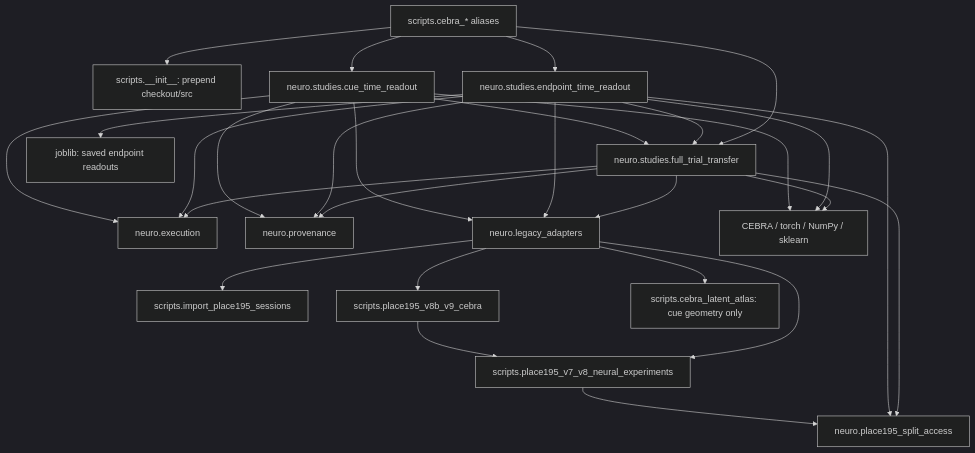
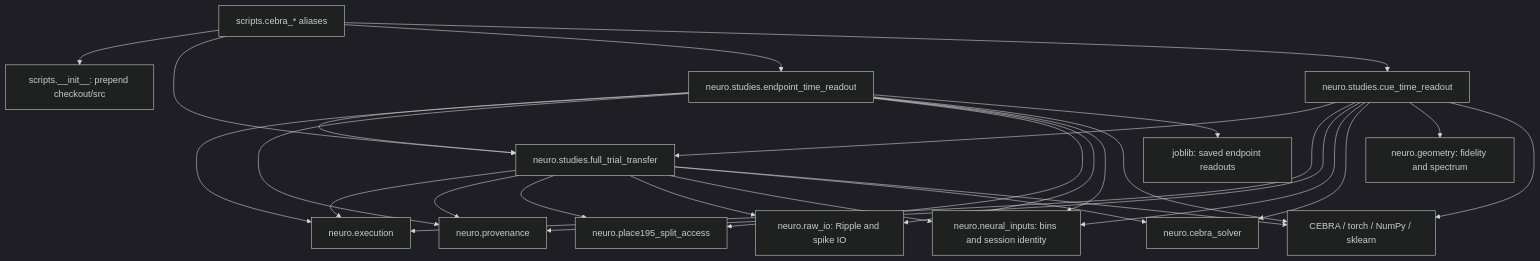
One commit to Hong-yiii/neuro_science changed the first of 6 diagrams in docs/software-design.md. Above: the diagram before and after it, drawn with Mermaid (dark theme). The commit also changed other lines of this file and 20 other files, not shown here.

````diff
--- a/docs/software-design.md
+++ b/docs/software-design.md
@@ -28,30 +60,29 @@
 ```mermaid
 flowchart TD
     CLI["scripts.cebra_* aliases"] --> BOOT["scripts.__init__: prepend checkout/src"]
     CLI --> FT["neuro.studies.full_trial_transfer"]
     CLI --> EP["neuro.studies.endpoint_time_readout"]
     CLI --> CT["neuro.studies.cue_time_readout"]
     EP --> FT
     CT --> FT
     FT --> EX["neuro.execution"]
     EP --> EX
     CT --> EX
     FT --> PR["neuro.provenance"]
     EP --> PR
     CT --> PR
     FT --> SP["neuro.place195_split_access"]
     EP --> SP
-    FT --> LA["neuro.legacy_adapters"]
-    EP --> LA
-    CT --> LA
-    LA --> IMP["scripts.import_place195_sessions"]
-    LA --> V7["scripts.place195_v7_v8_neural_experiments"]
-    LA --> V8["scripts.place195_v8b_v9_cebra"]
-    LA --> AT["scripts.cebra_latent_atlas: cue geometry only"]
-    V8 --> V7
-    V7 --> SP
+    FT --> IO["neuro.raw_io: Ripple and spike IO"]
+    EP --> IO
+    FT --> NI["neuro.neural_inputs: bins and session identity"]
+    EP --> NI
+    CT --> NI
+    FT --> SOL["neuro.cebra_solver"]
+    CT --> SOL
+    CT --> GEO["neuro.geometry: fidelity and spectrum"]
     FT --> SCI["CEBRA / torch / NumPy / sklearn"]
     EP --> SCI
     CT --> SCI
     EP --> JOB["joblib: saved endpoint readouts"]
 ```
````
